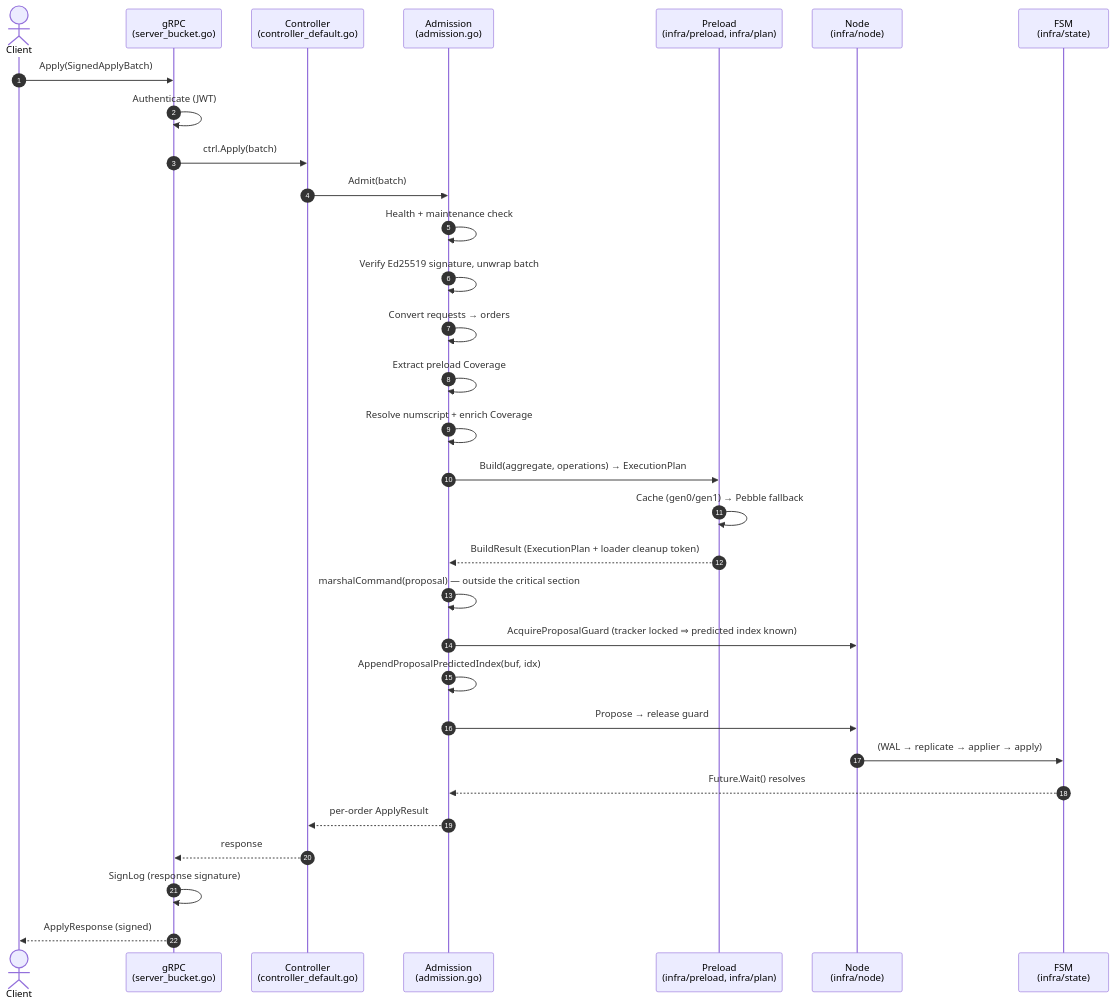
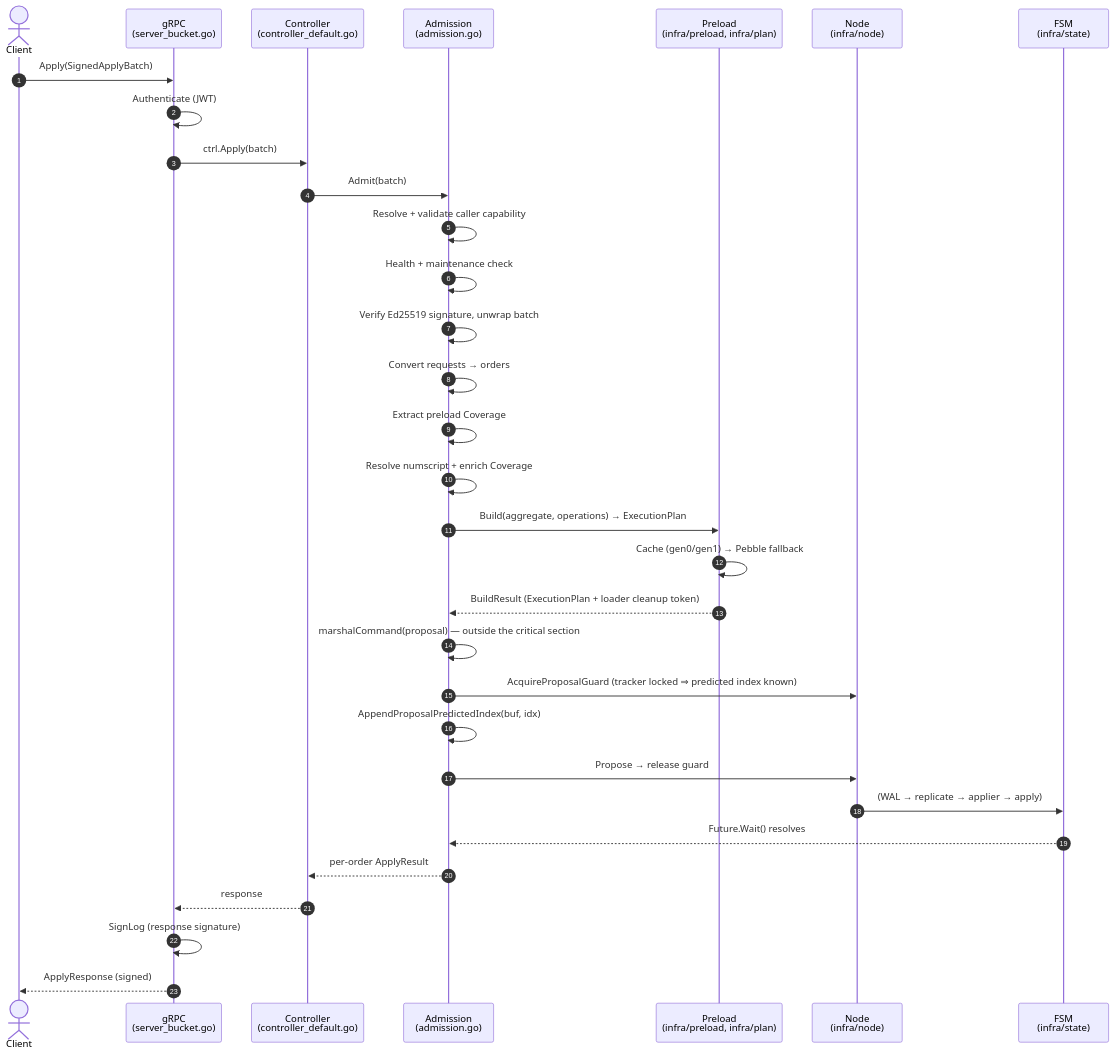
One commit to formancehq/ledger changed the diagram in docs/technical/architecture/subsystems/admission/pipeline.md. Above: the diagram before and after it, drawn with Mermaid. The commit also changed other lines of this file and 45 other files, not shown here.

````diff
--- a/docs/technical/architecture/subsystems/admission/pipeline.md
+++ b/docs/technical/architecture/subsystems/admission/pipeline.md
@@ -9,34 +9,35 @@
 ```mermaid
 sequenceDiagram
     autonumber
     actor C as Client
     participant G as gRPC<br/>(server_bucket.go)
     participant Ctrl as Controller<br/>(controller_default.go)
     participant A as Admission<br/>(admission.go)
     participant Pre as Preload<br/>(infra/preload, infra/plan)
     participant N as Node<br/>(infra/node)
     participant FSM as FSM<br/>(infra/state)
 
     C->>G: Apply(SignedApplyBatch)
     G->>G: Authenticate (JWT)
     G->>Ctrl: ctrl.Apply(batch)
     Ctrl->>A: Admit(batch)
+    A->>A: Resolve + validate caller capability
     A->>A: Health + maintenance check
     A->>A: Verify Ed25519 signature, unwrap batch
     A->>A: Convert requests → orders
     A->>A: Extract preload Coverage
     A->>A: Resolve numscript + enrich Coverage
     A->>Pre: Build(aggregate, operations) → ExecutionPlan
     Pre->>Pre: Cache (gen0/gen1) → Pebble fallback
     Pre-->>A: BuildResult (ExecutionPlan + loader cleanup token)
     A->>A: marshalCommand(proposal) — outside the critical section
     A->>N: AcquireProposalGuard (tracker locked ⇒ predicted index known)
     A->>A: AppendProposalPredictedIndex(buf, idx)
     A->>N: Propose → release guard
     N->>FSM: (WAL → replicate → applier → apply)
     FSM-->>A: Future.Wait() resolves
     A-->>Ctrl: per-order ApplyResult
     Ctrl-->>G: response
     G->>G: SignLog (response signature)
     G-->>C: ApplyResponse (signed)
 ```
````
